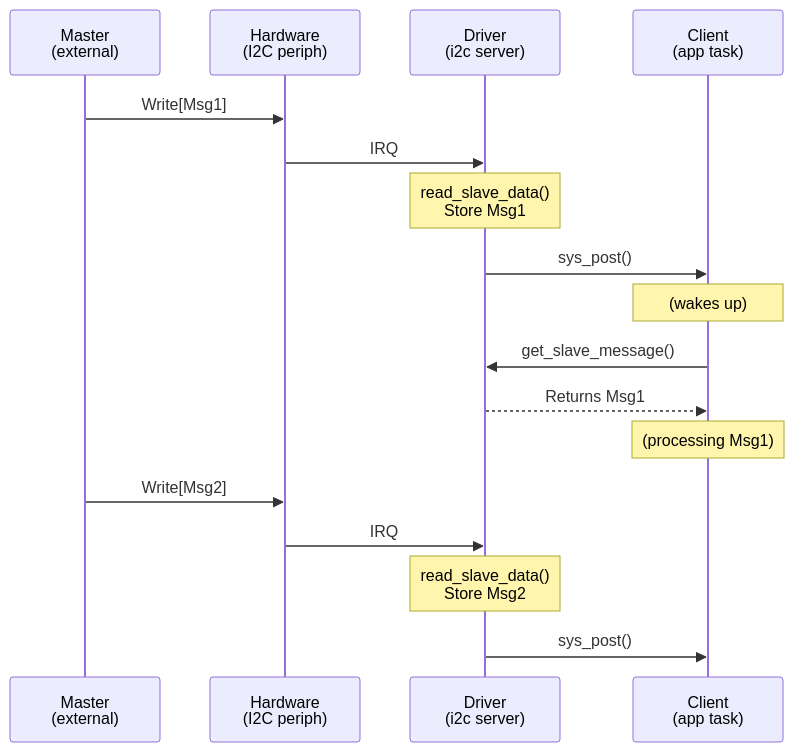
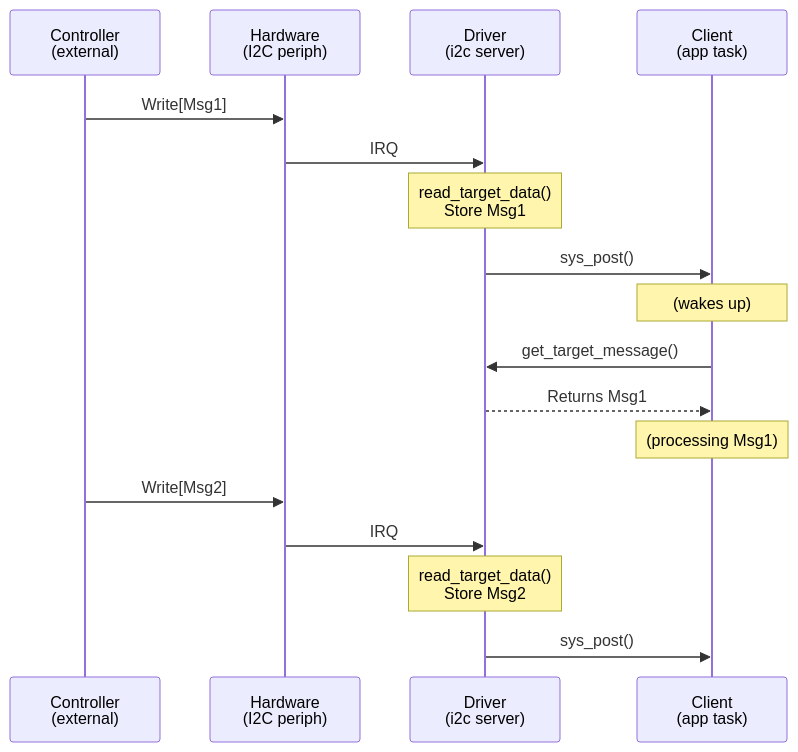
The diagram in docs/src/design/i2c/images/slave_buffer_flow.mmd (OpenPRoT/openprot), drawn with Mermaid before and after one commit. The commit also changed 24 other files, not shown here.

First line of the commit message:
docs(i2c): use inclusive language (controller/target instead of master/slave)

```diff
--- a/docs/src/design/i2c/images/slave_buffer_flow.mmd
+++ b/docs/src/design/i2c/images/slave_buffer_flow.mmd
@@ -1,19 +1,19 @@
 sequenceDiagram
-    participant Master as Master<br/>(external)
+    participant Controller as Controller<br/>(external)
     participant HW as Hardware<br/>(I2C periph)
     participant Driver as Driver<br/>(i2c server)
     participant Client as Client<br/>(app task)
     
-    Master->>HW: Write[Msg1]
+    Controller->>HW: Write[Msg1]
     HW->>Driver: IRQ
-    Note over Driver: read_slave_data()<br/>Store Msg1
+    Note over Driver: read_target_data()<br/>Store Msg1
     Driver->>Client: sys_post()
     Note over Client: (wakes up)
-    Client->>Driver: get_slave_message()
+    Client->>Driver: get_target_message()
     Driver-->>Client: Returns Msg1
     Note over Client: (processing Msg1)
     
-    Master->>HW: Write[Msg2]
+    Controller->>HW: Write[Msg2]
     HW->>Driver: IRQ
-    Note over Driver: read_slave_data()<br/>Store Msg2
+    Note over Driver: read_target_data()<br/>Store Msg2
     Driver->>Client: sys_post()
```
